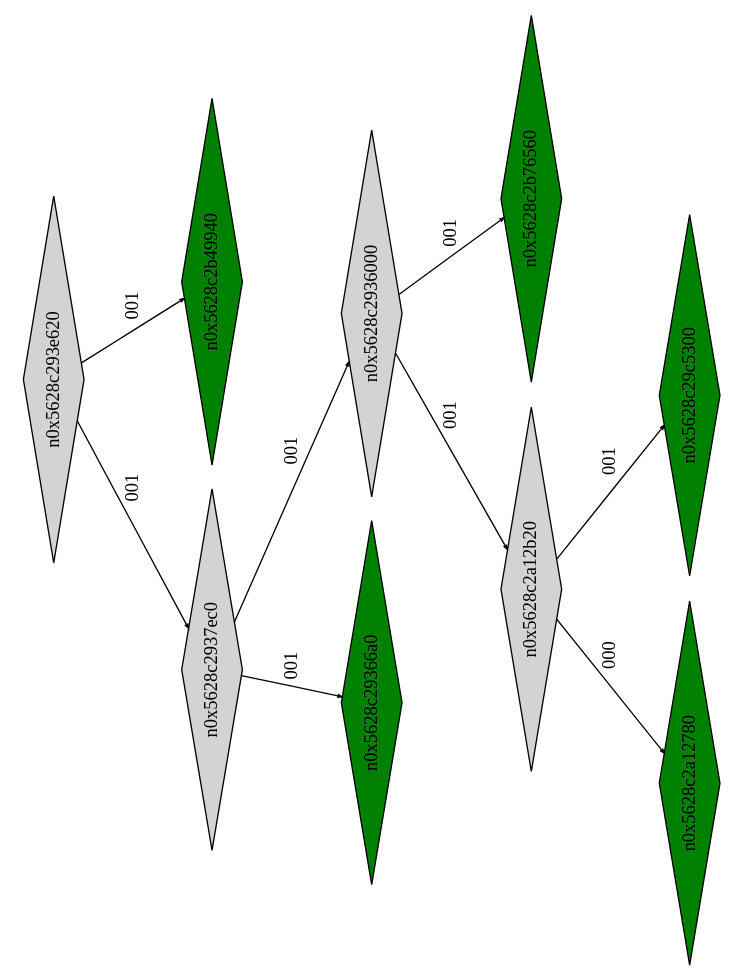
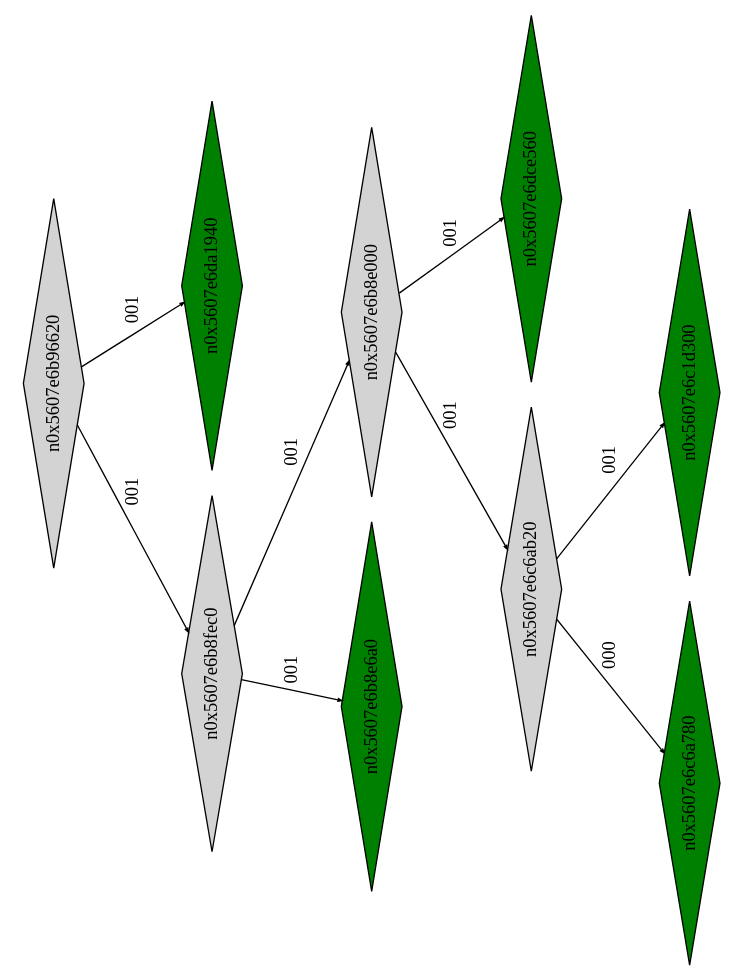
Before and after one commit to Research-Tools-PAVT/PSE-Program-Examples: the diagram in example1_klee_out/ptree_00000338.dot, drawn with Graphviz. The commit also changed 42 other files, not shown here.

```diff
--- a/example1_klee_out/ptree_00000338.dot
+++ b/example1_klee_out/ptree_00000338.dot
@@ -1,25 +1,25 @@
 digraph G {
 	size="10,7.5";
 	ratio=fill;
 	rotate=90;
 	center = "true";
 	node [style="filled",width=.1,height=.1,fontname="Terminus"]
 	edge [arrowsize=.3]
-	n0x5628c293e620 [shape=diamond];
-	n0x5628c293e620 -> n0x5628c2937ec0 [label=001];
-	n0x5628c293e620 -> n0x5628c2b49940 [label=001];
-	n0x5628c2b49940 [shape=diamond,fillcolor=green];
-	n0x5628c2937ec0 [shape=diamond];
-	n0x5628c2937ec0 -> n0x5628c29366a0 [label=001];
-	n0x5628c2937ec0 -> n0x5628c2936000 [label=001];
-	n0x5628c2936000 [shape=diamond];
-	n0x5628c2936000 -> n0x5628c2a12b20 [label=001];
-	n0x5628c2936000 -> n0x5628c2b76560 [label=001];
-	n0x5628c2b76560 [shape=diamond,fillcolor=green];
-	n0x5628c2a12b20 [shape=diamond];
-	n0x5628c2a12b20 -> n0x5628c2a12780 [label=000];
-	n0x5628c2a12b20 -> n0x5628c29c5300 [label=001];
-	n0x5628c29c5300 [shape=diamond,fillcolor=green];
-	n0x5628c2a12780 [shape=diamond,fillcolor=green];
-	n0x5628c29366a0 [shape=diamond,fillcolor=green];
+	n0x5607e6b96620 [shape=diamond];
+	n0x5607e6b96620 -> n0x5607e6b8fec0 [label=001];
+	n0x5607e6b96620 -> n0x5607e6da1940 [label=001];
+	n0x5607e6da1940 [shape=diamond,fillcolor=green];
+	n0x5607e6b8fec0 [shape=diamond];
+	n0x5607e6b8fec0 -> n0x5607e6b8e6a0 [label=001];
+	n0x5607e6b8fec0 -> n0x5607e6b8e000 [label=001];
+	n0x5607e6b8e000 [shape=diamond];
+	n0x5607e6b8e000 -> n0x5607e6c6ab20 [label=001];
+	n0x5607e6b8e000 -> n0x5607e6dce560 [label=001];
+	n0x5607e6dce560 [shape=diamond,fillcolor=green];
+	n0x5607e6c6ab20 [shape=diamond];
+	n0x5607e6c6ab20 -> n0x5607e6c6a780 [label=000];
+	n0x5607e6c6ab20 -> n0x5607e6c1d300 [label=001];
+	n0x5607e6c1d300 [shape=diamond,fillcolor=green];
+	n0x5607e6c6a780 [shape=diamond,fillcolor=green];
+	n0x5607e6b8e6a0 [shape=diamond,fillcolor=green];
 }
```
